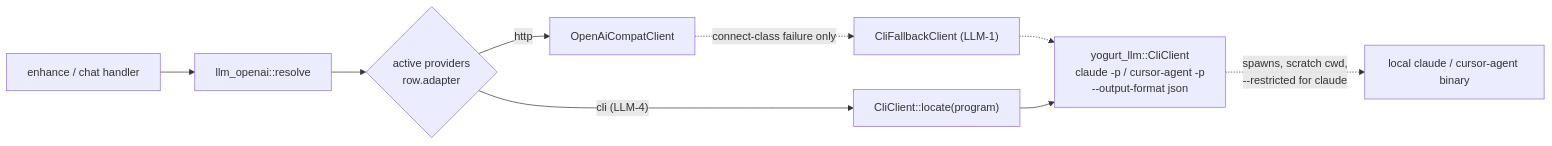
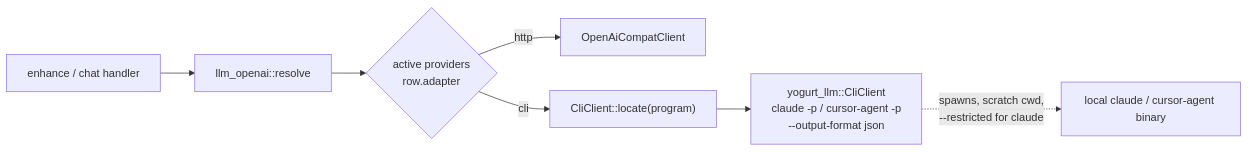
Before and after one commit to jarvisrchen/yogurt: the ninth of 12 diagrams in docs/ARCHITECTURE.md, drawn with Mermaid. The commit also changed other lines of this file and 4 other files, not shown here.

First line of the commit message:
fix(llm): drop the implicit CLI fallback, keep only explicit selection

````diff
--- a/docs/ARCHITECTURE.md
+++ b/docs/ARCHITECTURE.md
@@ -541,11 +541,9 @@
 ```mermaid
 graph LR
     ENH2["enhance / chat handler"] --> RES["llm_openai::resolve"]
     RES --> ROW{"active providers<br/>row.adapter"}
     ROW -->|"http"| PRIM["OpenAiCompatClient"]
-    ROW -->|"cli (LLM-4)"| DIRECT["CliClient::locate(program)"]
-    PRIM -.->|"connect-class failure only"| FB["CliFallbackClient (LLM-1)"]
-    FB -.-> CLI["yogurt_llm::CliClient<br/>claude -p / cursor-agent -p<br/>--output-format json"]
-    DIRECT --> CLI
+    ROW -->|"cli"| DIRECT["CliClient::locate(program)"]
+    DIRECT --> CLI["yogurt_llm::CliClient<br/>claude -p / cursor-agent -p<br/>--output-format json"]
     CLI -.->|"spawns, scratch cwd,<br/>--restricted for claude"| BIN["local claude / cursor-agent binary"]
 ```
````
